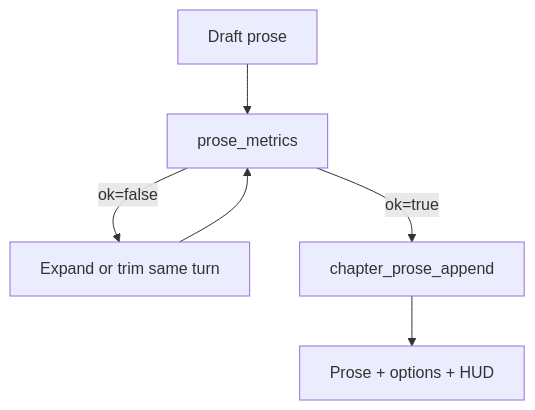
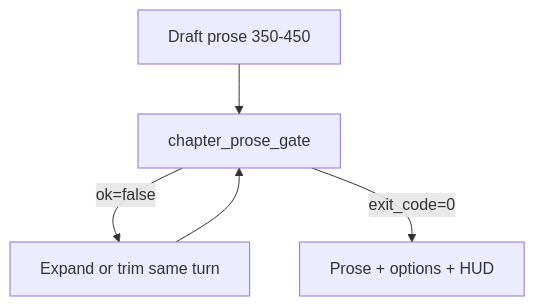
Before and after one commit to chouswei/MemNet: the first of 3 diagrams in application-notes/llm-novel-writer.md, drawn with Mermaid. The commit also changed other lines of this file and 21 other files, not shown here.

````diff
--- a/application-notes/llm-novel-writer.md
+++ b/application-notes/llm-novel-writer.md
@@ -708,8 +751,7 @@
 ```mermaid
 flowchart TD
-  Draft[Draft prose] --> Metrics[prose_metrics]
-  Metrics -->|ok=false| Expand[Expand or trim same turn]
-  Expand --> Metrics
-  Metrics -->|ok=true| Append[chapter_prose_append]
-  Append --> Show[Prose + options + HUD]
+  Draft[Draft prose 350-450] --> Gate[chapter_prose_gate]
+  Gate -->|ok=false| Expand[Expand or trim same turn]
+  Expand --> Gate
+  Gate -->|exit_code=0| Show[Prose + options + HUD]
 ```
````
